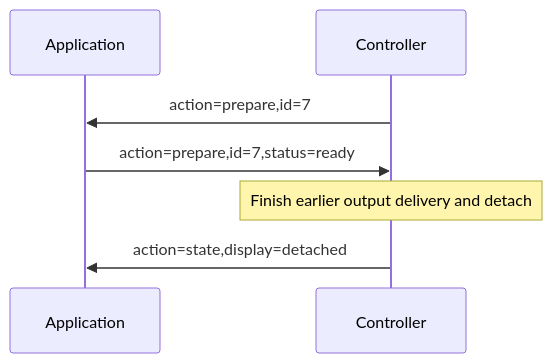
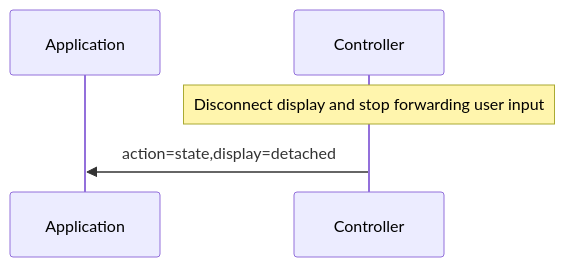
One commit to claes/kittyplex changed the fourth of 7 diagrams in docs/terminal-recovery-protocol-spec.md. Above: the diagram before and after it, drawn with Mermaid. The commit also changed other lines of this file and 3 other files, not shown here.

````diff
--- a/docs/terminal-recovery-protocol-spec.md
+++ b/docs/terminal-recovery-protocol-spec.md
@@ -223,9 +236,7 @@
 ```mermaid
 sequenceDiagram
     participant A as Application
     participant C as Controller
-    C->>A: action=prepare,id=7
-    A->>C: action=prepare,id=7,status=ready
-    Note over C: Finish earlier output delivery and detach
+    Note over C: Disconnect display and stop forwarding user input
     C->>A: action=state,display=detached
 ```
````
